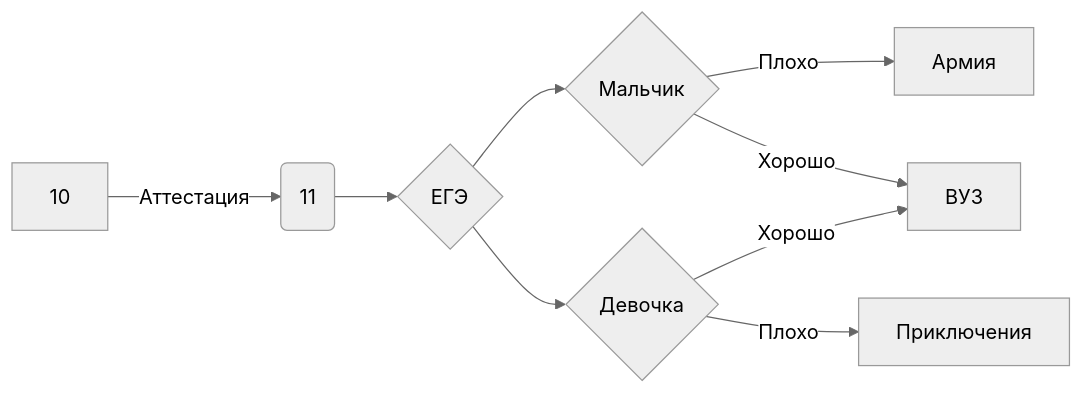
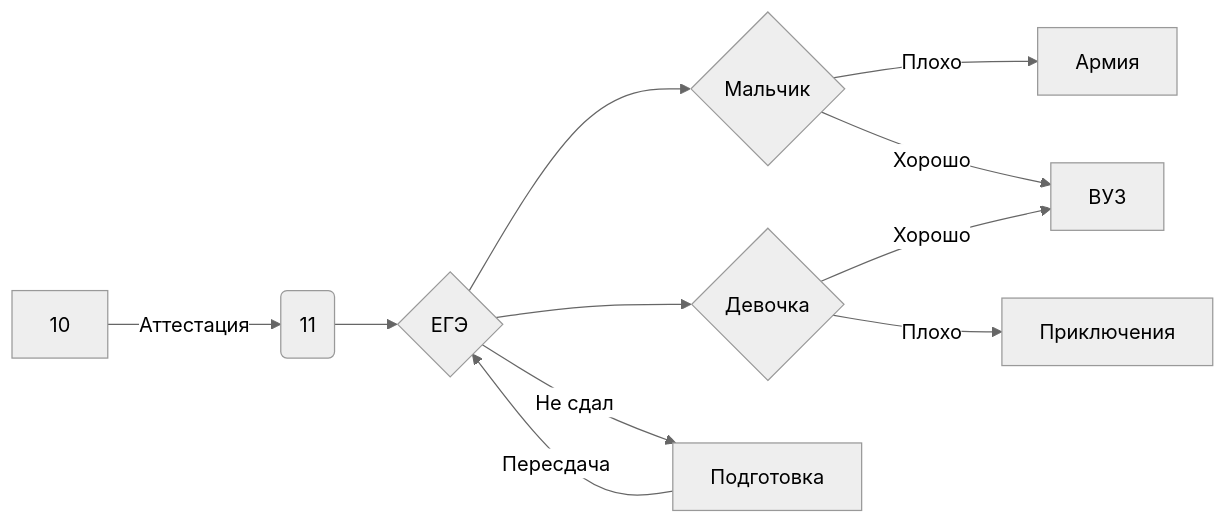
The first of 2 diagrams in README.md (lictpu/help), drawn with Mermaid (neutral theme) before and after one commit. The commit also changed other lines of this file, not shown here.

````diff
--- a/README.md
+++ b/README.md
@@ -18,13 +18,14 @@
 ```mermaid
 flowchart LR
 
 A[10] -->|Аттестация| B(11)
 B --> C{ЕГЭ}
 C -->D{Мальчик}
 C -->E{Девочка}
+C -->|Не сдал| K[Подготовка]
+K -->|Пересдача|C
 D -->|Плохо|F[Армия]
 D -->|Хорошо|G[ВУЗ]
 E -->|Хорошо|G[ВУЗ]
 E -->|Плохо|I[Приключения]
-
 ```
````
